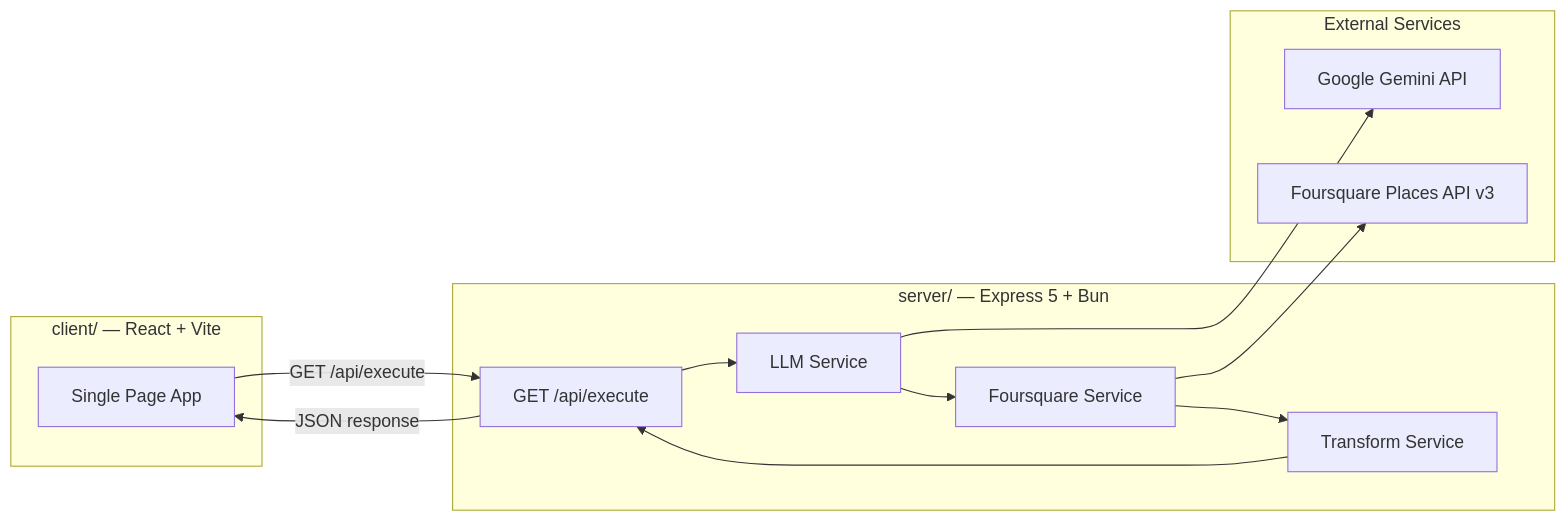
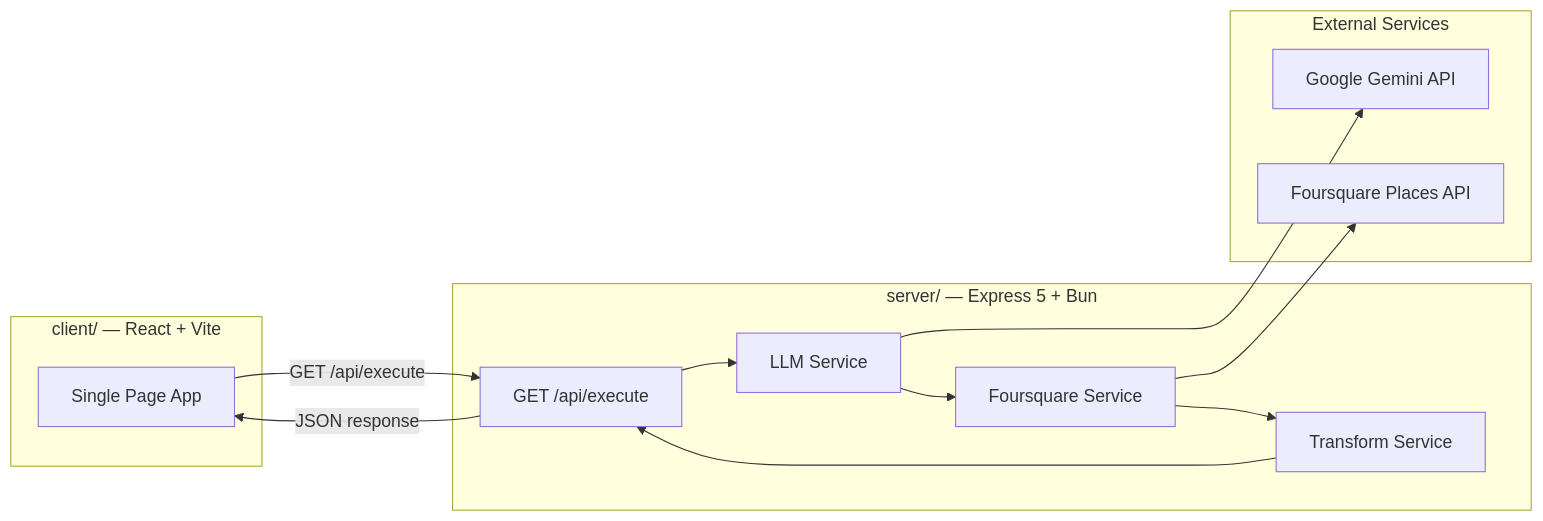
One commit to markaroone/restaurant-finder changed the first of 3 diagrams in _docs/README.md. Above: the diagram before and after it, drawn with Mermaid. The commit also changed other lines of this file and 12 other files, not shown here.

````diff
--- a/_docs/README.md
+++ b/_docs/README.md
@@ -9,24 +9,24 @@
 ```mermaid
 flowchart LR
     subgraph Client["client/ — React + Vite"]
         FE["Single Page App"]
     end
 
     subgraph Server["server/ — Express 5 + Bun"]
         API["GET /api/execute"]
         LLM["LLM Service"]
         FSQ["Foursquare Service"]
         TRN["Transform Service"]
     end
 
     subgraph External["External Services"]
         GEM["Google Gemini API"]
-        FS4["Foursquare Places API v3"]
+        FS4["Foursquare Places API"]
     end
 
     FE -->|"GET /api/execute"| API
     API --> LLM --> GEM
     LLM --> FSQ --> FS4
     FSQ --> TRN --> API
     API -->|JSON response| FE
 ```
````
